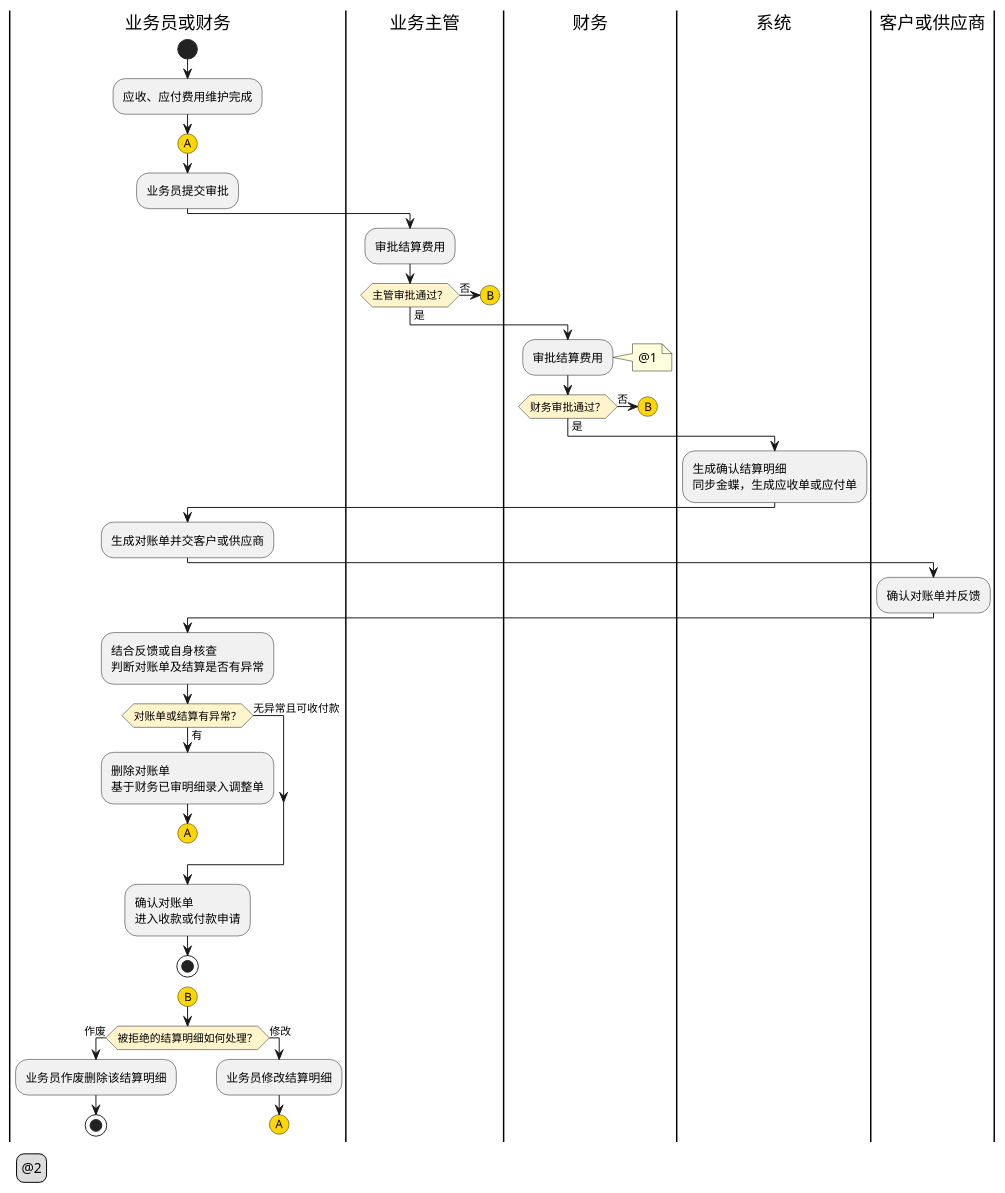
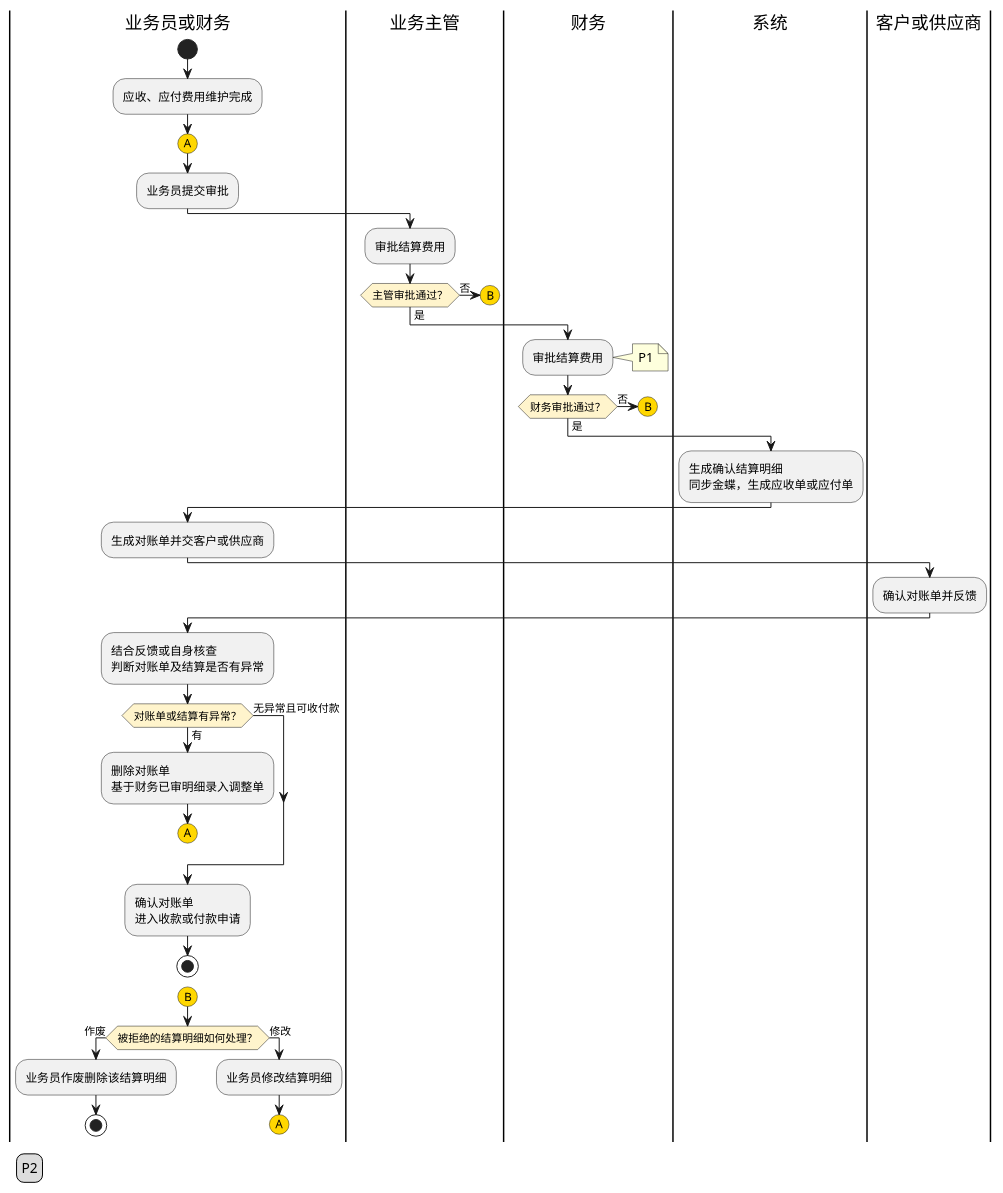
The first of 3 diagrams in product-caliber/goldjet/segmented-prd/PRD.高捷物流系统一期.第022篇.财务基础与结算流程.40E841D3A6.md (jack888332/projects-doc), drawn with PlantUML before and after one commit. The commit also changed other lines of this file and 18 other files, not shown here.

Commit message:
优化DSL图细节

````diff
--- a/product-caliber/goldjet/segmented-prd/PRD.高捷物流系统一期.第022篇.财务基础与结算流程.40E841D3A6.md
+++ b/product-caliber/goldjet/segmented-prd/PRD.高捷物流系统一期.第022篇.财务基础与结算流程.40E841D3A6.md
@@ -57,54 +57,54 @@
 ```plantuml
 @startuml goldjet-022-cost-approval-reconciliation
 skinparam activityDiamondBackgroundColor #FFF4CC
 |业务员或财务|
 start
 :应收、应付费用维护完成;
 #gold:(A)
 :业务员提交审批;
 |业务主管|
 :审批结算费用;
 if (主管审批通过？) then (否)
   #gold:(B)
   detach
 else (是)
 endif
 |财务|
 :审批结算费用;
-note right: @1
+note right: P1
 if (财务审批通过？) then (否)
   #gold:(B)
   detach
 else (是)
 endif
 |系统|
 :生成确认结算明细\n同步金蝶，生成应收单或应付单;
 |业务员或财务|
 :生成对账单并交客户或供应商;
 |客户或供应商|
 :确认对账单并反馈;
 |业务员或财务|
 :结合反馈或自身核查\n判断对账单及结算是否有异常;
 if (对账单或结算有异常？) then (有)
   :删除对账单\n基于财务已审明细录入调整单;
   #gold:(A)
   detach
 else (无异常且可收付款)
 endif
 :确认对账单\n进入收款或付款申请;
 stop
 |业务员或财务|
 #gold:(B)
 if (被拒绝的结算明细如何处理？) then (作废)
   :业务员作废删除该结算明细;
   stop
 else (修改)
   :业务员修改结算明细;
   #gold:(A)
   detach
 endif
 legend bottom left
-  @2
+  P2
 endlegend
 @enduml
 ```
````
